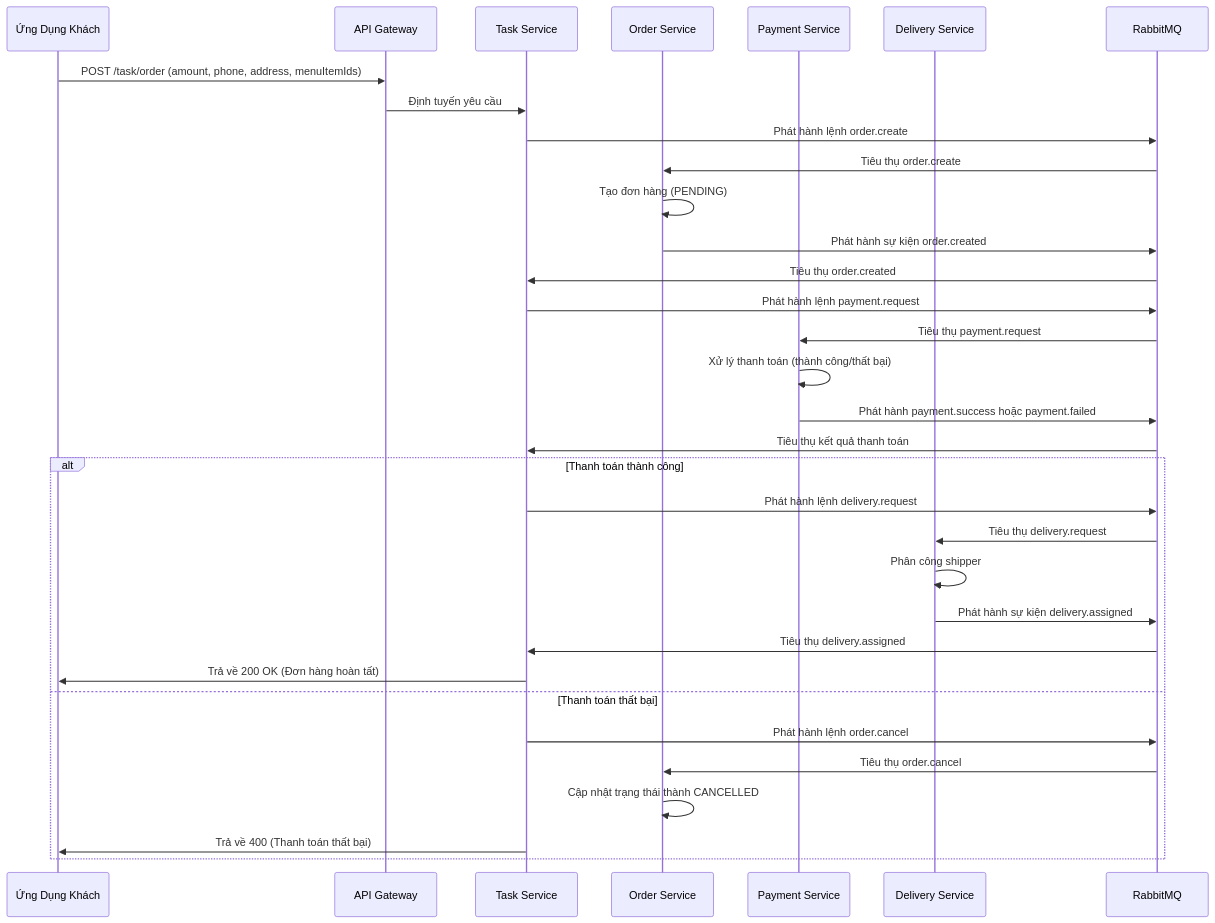
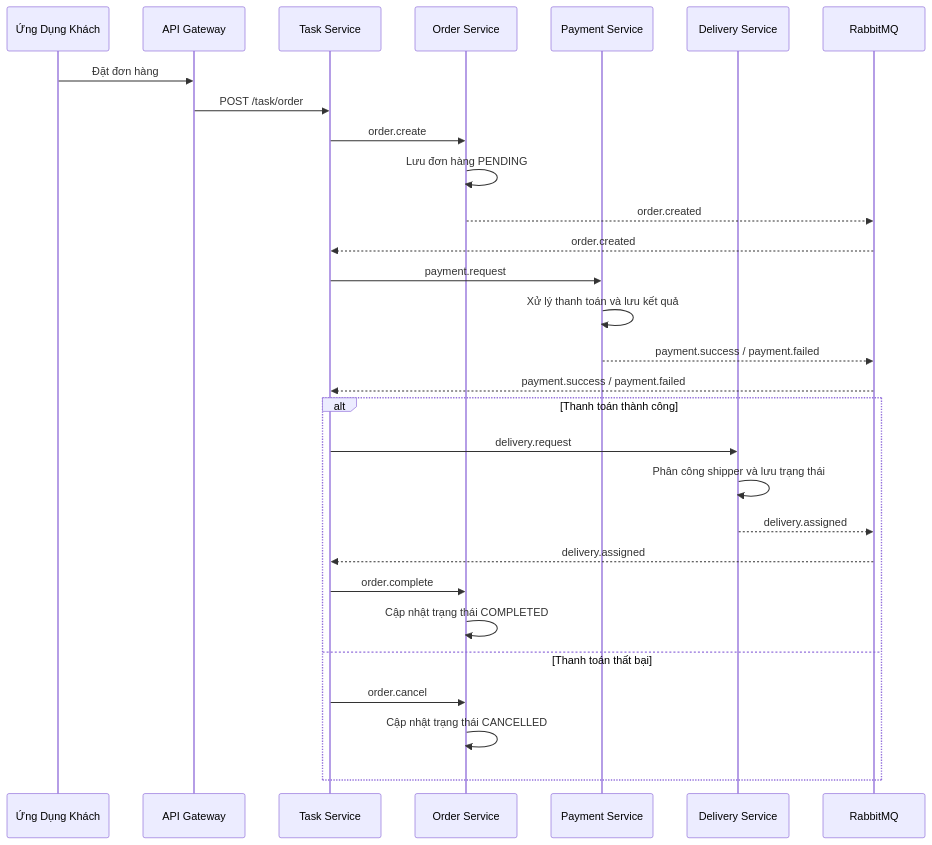
The second of 2 diagrams in analysis-and-design-new.md (Dung1409/SOA), drawn with Mermaid before and after one commit. The commit also changed other lines of this file and 1 other file, not shown here.

````diff
--- a/analysis-and-design-new.md
+++ b/analysis-and-design-new.md
@@ -164,36 +210,34 @@
 ```mermaid
 sequenceDiagram
     participant Khách as Ứng Dụng Khách
     participant Gateway as API Gateway
     participant Task as Task Service
     participant Order as Order Service
     participant Payment as Payment Service
     participant Delivery as Delivery Service
     participant RabbitMQ as RabbitMQ
 
-    Khách->>Gateway: POST /task/order (amount, phone, address, menuItemIds)
-    Gateway->>Task: Định tuyến yêu cầu
-    Task->>RabbitMQ: Phát hành lệnh order.create
-    RabbitMQ->>Order: Tiêu thụ order.create
-    Order->>Order: Tạo đơn hàng (PENDING)
-    Order->>RabbitMQ: Phát hành sự kiện order.created
-    RabbitMQ->>Task: Tiêu thụ order.created
-    Task->>RabbitMQ: Phát hành lệnh payment.request
-    RabbitMQ->>Payment: Tiêu thụ payment.request
-    Payment->>Payment: Xử lý thanh toán (thành công/thất bại)
-    Payment->>RabbitMQ: Phát hành payment.success hoặc payment.failed
-    RabbitMQ->>Task: Tiêu thụ kết quả thanh toán
-    alt Thanh toán thành công
-        Task->>RabbitMQ: Phát hành lệnh delivery.request
-        RabbitMQ->>Delivery: Tiêu thụ delivery.request
-        Delivery->>Delivery: Phân công shipper
-        Delivery->>RabbitMQ: Phát hành sự kiện delivery.assigned
-        RabbitMQ->>Task: Tiêu thụ delivery.assigned
-        Task->>Khách: Trả về 200 OK (Đơn hàng hoàn tất)
-    else Thanh toán thất bại
-        Task->>RabbitMQ: Phát hành lệnh order.cancel
-        RabbitMQ->>Order: Tiêu thụ order.cancel
-        Order->>Order: Cập nhật trạng thái thành CANCELLED
-        Task->>Khách: Trả về 400 (Thanh toán thất bại)
-    end
+  Khách->>Gateway: Đặt đơn hàng
+  Gateway->>Task: POST /task/order
+  Task->>Order: order.create
+  Order->>Order: Lưu đơn hàng PENDING
+  Order-->>RabbitMQ: order.created
+  RabbitMQ-->>Task: order.created
+
+  Task->>Payment: payment.request
+  Payment->>Payment: Xử lý thanh toán và lưu kết quả
+  Payment-->>RabbitMQ: payment.success / payment.failed
+  RabbitMQ-->>Task: payment.success / payment.failed
+
+  alt Thanh toán thành công
+    Task->>Delivery: delivery.request
+    Delivery->>Delivery: Phân công shipper và lưu trạng thái
+    Delivery-->>RabbitMQ: delivery.assigned
+    RabbitMQ-->>Task: delivery.assigned
+    Task->>Order: order.complete
+    Order->>Order: Cập nhật trạng thái COMPLETED
+  else Thanh toán thất bại
+    Task->>Order: order.cancel
+    Order->>Order: Cập nhật trạng thái CANCELLED
+  end
 ```
````
